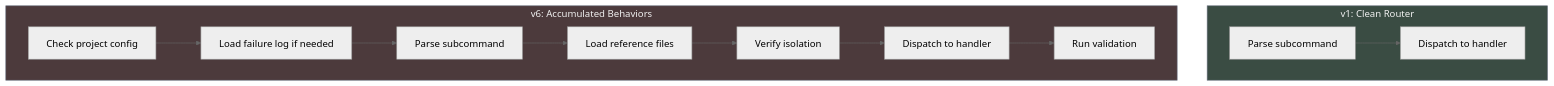
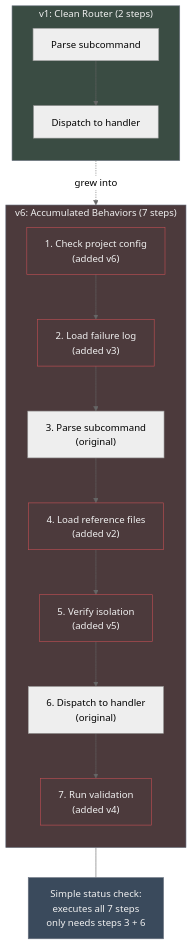
The first of 6 diagrams in content/posts/agent-skill-boundary.md (blackwell-systems/blog), drawn with Mermaid (neutral theme) before and after one commit. The commit also changed other lines of this file, not shown here.

Commit message:
fix: improve mermaid diagrams in agent-skill-boundary article
- Replace horizontal diagram with vertical side-by-side comparison
- Add red highlights for unnecessary steps in v6 accumulation
- Replace static boxes with before/after cost comparison
- Show actual invocation scenarios (status check: 300 lines, complex: 550 lines)
- More compact and readable layouts

```diff
--- a/content/posts/agent-skill-boundary.md
+++ b/content/posts/agent-skill-boundary.md
@@ -30,18 +30,41 @@
 {{< mermaid >}}
 flowchart TB
-    subgraph v1["v1: Clean Router"]
-        r1[Parse subcommand] --> r2[Dispatch to handler]
+    subgraph v1["v1: Clean Router (2 steps)"]
+        direction TB
+        v1a[Parse subcommand]
+        v1b[Dispatch to handler]
+        v1a --> v1b
     end
 
-    subgraph v6["v6: Accumulated Behaviors"]
-        a1[Check project config] --> a2[Load failure log if needed]
-        a2 --> a3[Parse subcommand]
-        a3 --> a4[Load reference files]
-        a4 --> a5[Verify isolation]
-        a5 --> a6[Dispatch to handler]
-        a6 --> a7[Run validation]
+    subgraph v6["v6: Accumulated Behaviors (7 steps)"]
+        direction TB
+        v6a["1. Check project config<br/>(added v6)"]
+        v6b["2. Load failure log<br/>(added v3)"]
+        v6c["3. Parse subcommand<br/>(original)"]
+        v6d["4. Load reference files<br/>(added v2)"]
+        v6e["5. Verify isolation<br/>(added v5)"]
+        v6f["6. Dispatch to handler<br/>(original)"]
+        v6g["7. Run validation<br/>(added v4)"]
+
+        v6a --> v6b
+        v6b --> v6c
+        v6c --> v6d
+        v6d --> v6e
+        v6e --> v6f
+        v6f --> v6g
     end
+
+    note1["Simple status check:<br/>executes all 7 steps<br/>only needs steps 3 + 6"]
+
+    v1 -.->|"grew into"| v6
+    v6 --- note1
 
     style v1 fill:#3A4C43,stroke:#6b7280,color:#f0f0f0
     style v6 fill:#4C3A3C,stroke:#6b7280,color:#f0f0f0
+    style note1 fill:#3A4A5C,stroke:#6b7280,color:#f0f0f0
+    style v6a fill:#4C3A3C,stroke:#C24F54,color:#f0f0f0
+    style v6b fill:#4C3A3C,stroke:#C24F54,color:#f0f0f0
+    style v6d fill:#4C3A3C,stroke:#C24F54,color:#f0f0f0
+    style v6e fill:#4C3A3C,stroke:#C24F54,color:#f0f0f0
+    style v6g fill:#4C3A3C,stroke:#C24F54,color:#f0f0f0
 {{< /mermaid >}}
```
